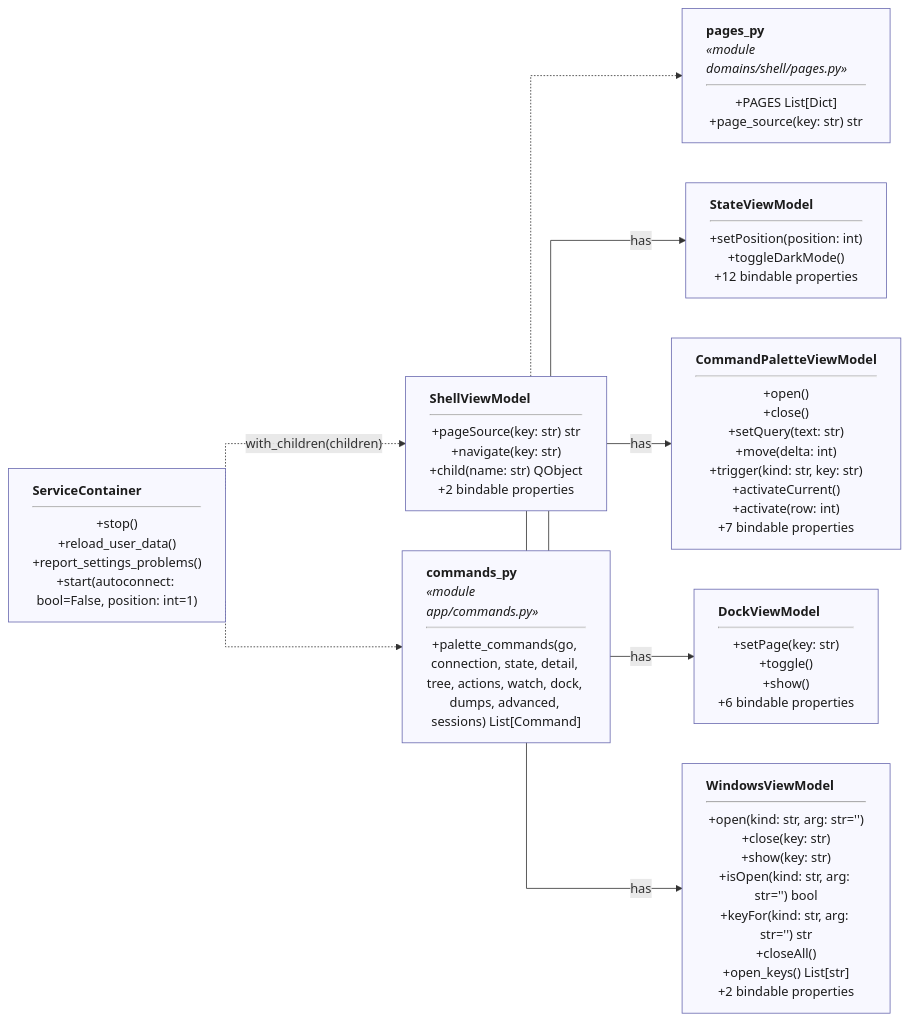
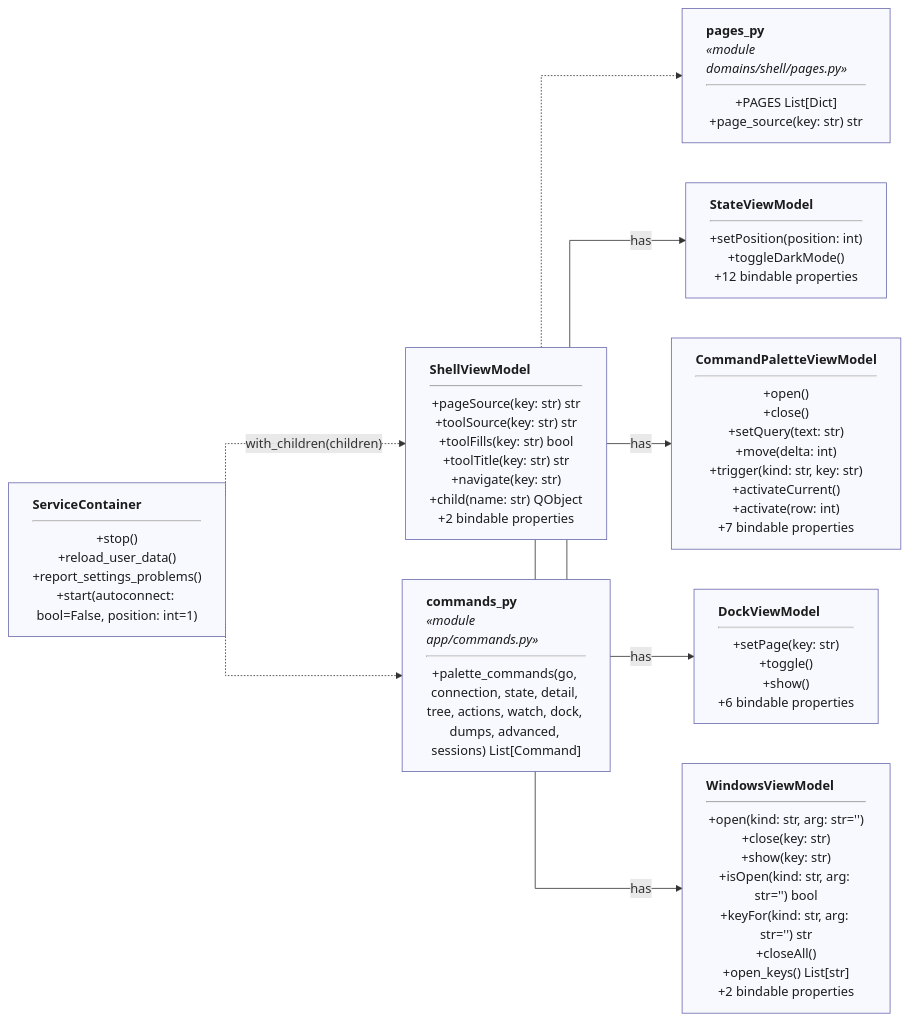
Before and after one commit to ShoyonK/sample_ui: diagram 11 of 33 in docs/ARCHITECTURE.md, drawn with Mermaid. The commit also changed other lines of this file and 120 other files, not shown here.

First line of the commit message:
Add Tests page, tool pop-outs and chaos testing

````diff
--- a/docs/ARCHITECTURE.md
+++ b/docs/ARCHITECTURE.md
@@ -317,21 +317,21 @@
 ```mermaid
 %%{init: {"flowchart": {"curve": "stepBefore"}}}%%
 flowchart LR
     classDef box text-align:left,fill:#f8f8ff,stroke:#6a6ab0,color:#1c1c1c
     classDef stub fill:#ffffff,stroke:#6a6ab0,stroke-dasharray:4 3,color:#1c1c1c
     ServiceContainer["<b>ServiceContainer</b><hr/>+stop()<br/>+reload_user_data()<br/>+report_settings_problems()<br/>+start(autoconnect: bool=False, position: int=1)"]:::box
-    ShellViewModel["<b>ShellViewModel</b><hr/>+pageSource(key: str) str<br/>+navigate(key: str)<br/>+child(name: str) QObject<br/>+2 bindable properties"]:::box
+    ShellViewModel["<b>ShellViewModel</b><hr/>+pageSource(key: str) str<br/>+toolSource(key: str) str<br/>+toolFills(key: str) bool<br/>+toolTitle(key: str) str<br/>+navigate(key: str)<br/>+child(name: str) QObject<br/>+2 bindable properties"]:::box
     StateViewModel["<b>StateViewModel</b><hr/>+setPosition(position: int)<br/>+toggleDarkMode()<br/>+12 bindable properties"]:::box
     CommandPaletteViewModel["<b>CommandPaletteViewModel</b><hr/>+open()<br/>+close()<br/>+setQuery(text: str)<br/>+move(delta: int)<br/>+trigger(kind: str, key: str)<br/>+activateCurrent()<br/>+activate(row: int)<br/>+7 bindable properties"]:::box
     DockViewModel["<b>DockViewModel</b><hr/>+setPage(key: str)<br/>+toggle()<br/>+show()<br/>+6 bindable properties"]:::box
     WindowsViewModel["<b>WindowsViewModel</b><hr/>+open(kind: str, arg: str='')<br/>+close(key: str)<br/>+show(key: str)<br/>+isOpen(kind: str, arg: str='') bool<br/>+keyFor(kind: str, arg: str='') str<br/>+closeAll()<br/>+open_keys() List[str]<br/>+2 bindable properties"]:::box
     pages_py["<b>pages_py</b><br/><i>«module domains/shell/pages.py»</i><hr/>+PAGES List[Dict]<br/>+page_source(key: str) str"]:::box
     commands_py["<b>commands_py</b><br/><i>«module app/commands.py»</i><hr/>+palette_commands(go, connection, state, detail, tree, actions, watch, dock, dumps, advanced, sessions) List[Command]"]:::box
     ServiceContainer -.->|"with_children(children)"| ShellViewModel
     ServiceContainer -.-> commands_py
     ShellViewModel -.-> pages_py
     ShellViewModel -->|"has"| StateViewModel
     ShellViewModel -->|"has"| CommandPaletteViewModel
     ShellViewModel -->|"has"| DockViewModel
     ShellViewModel -->|"has"| WindowsViewModel
 ```
````
